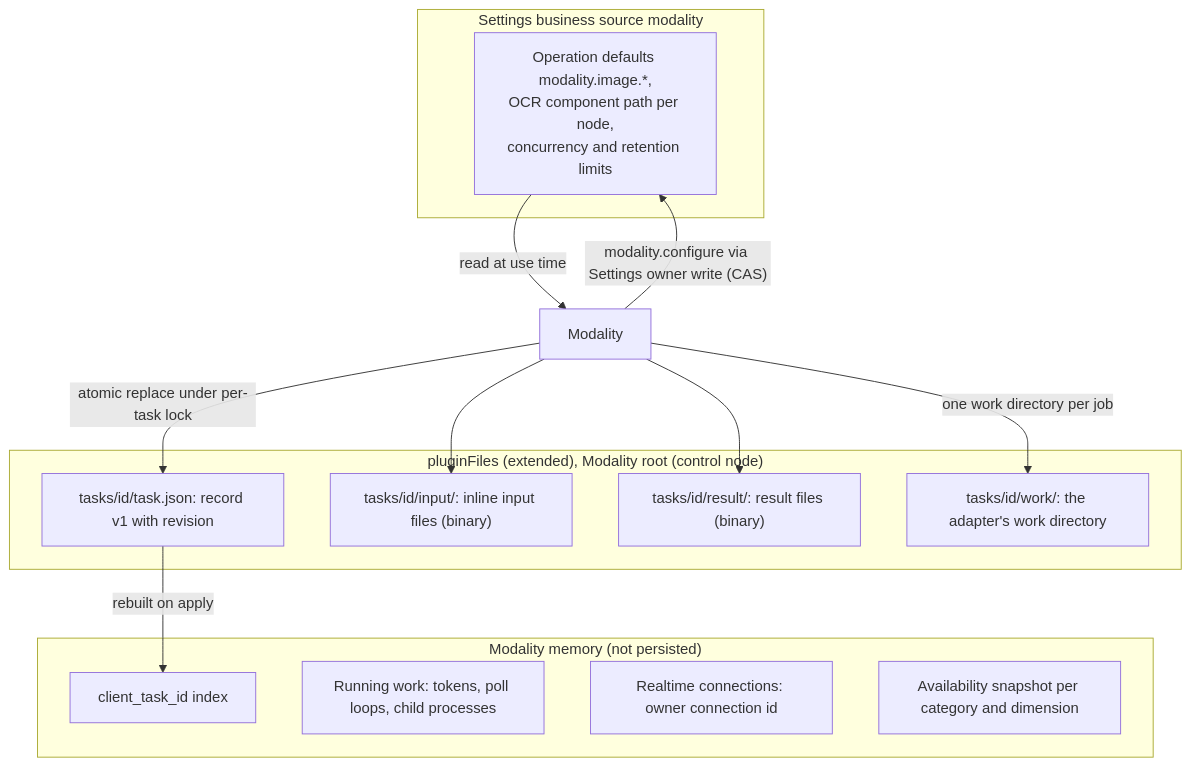
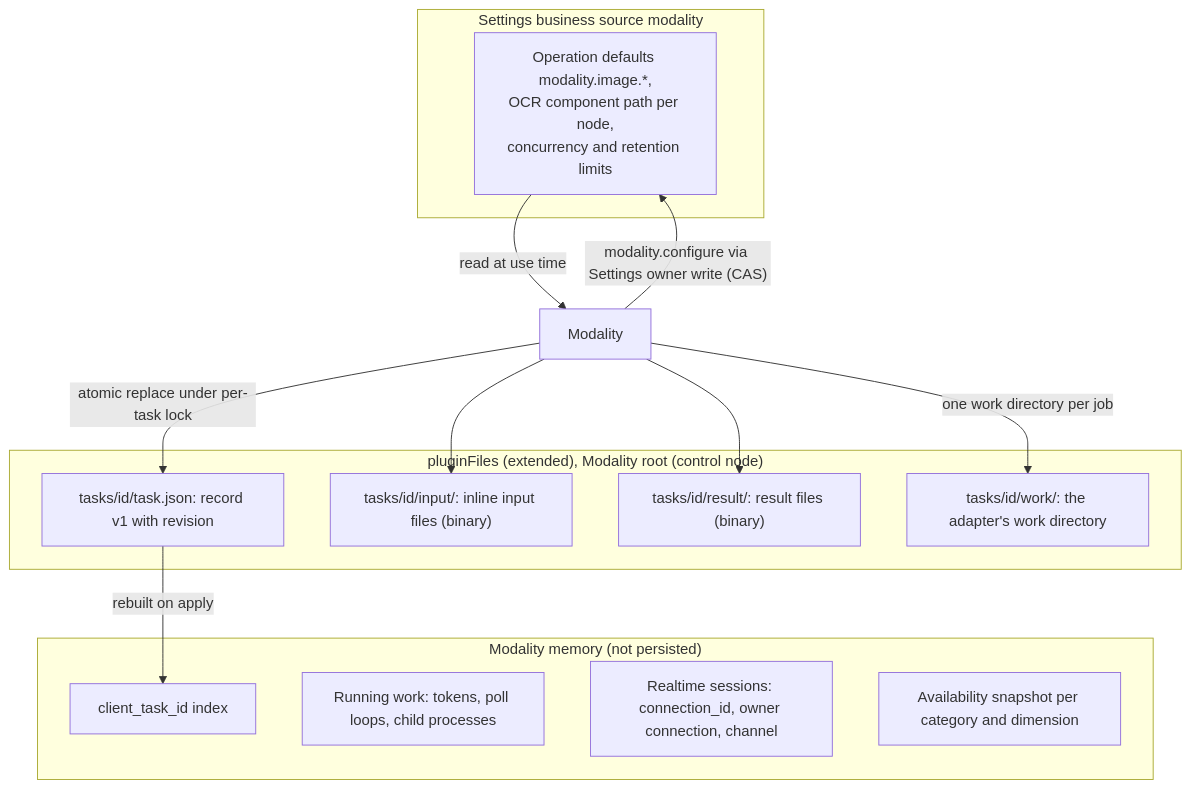
One commit to CoutinhoTTS/dim-agent changed the second of 6 diagrams in docs/design/plugins/Modality.md. Above: the diagram before and after it, drawn with Mermaid. The commit also changed other lines of this file and 9 other files, not shown here.

First line of the commit message:
feat(modality): serve realtime sessions through connection-bound notifications

````diff
--- a/docs/design/plugins/Modality.md
+++ b/docs/design/plugins/Modality.md
@@ -51,25 +51,25 @@
 ```mermaid
 flowchart TB
   subgraph PS["pluginFiles (extended), Modality root (control node)"]
     Rec["tasks/id/task.json: record v1 with revision"]
     In["tasks/id/input/: inline input files (binary)"]
     Res["tasks/id/result/: result files (binary)"]
     Work["tasks/id/work/: the adapter's work directory"]
   end
   subgraph SET["Settings business source modality"]
     Cfg["Operation defaults modality.image.*,<br/>OCR component path per node,<br/>concurrency and retention limits"]
   end
   subgraph MEM["Modality memory (not persisted)"]
     Idx["client_task_id index"]
     Run["Running work: tokens, poll loops, child processes"]
-    RT["Realtime connections: owner connection id"]
+    RT["Realtime sessions: connection_id, owner connection, channel"]
     Av["Availability snapshot per category and dimension"]
   end
   Mod["Modality"] -->|"atomic replace under per-task lock"| Rec
   Mod --> In
   Mod --> Res
   Mod -->|"one work directory per job"| Work
   Mod -->|"modality.configure via Settings owner write (CAS)"| Cfg
   Rec -->|"rebuilt on apply"| Idx
   Cfg -->|"read at use time"| Mod
 ```
````
